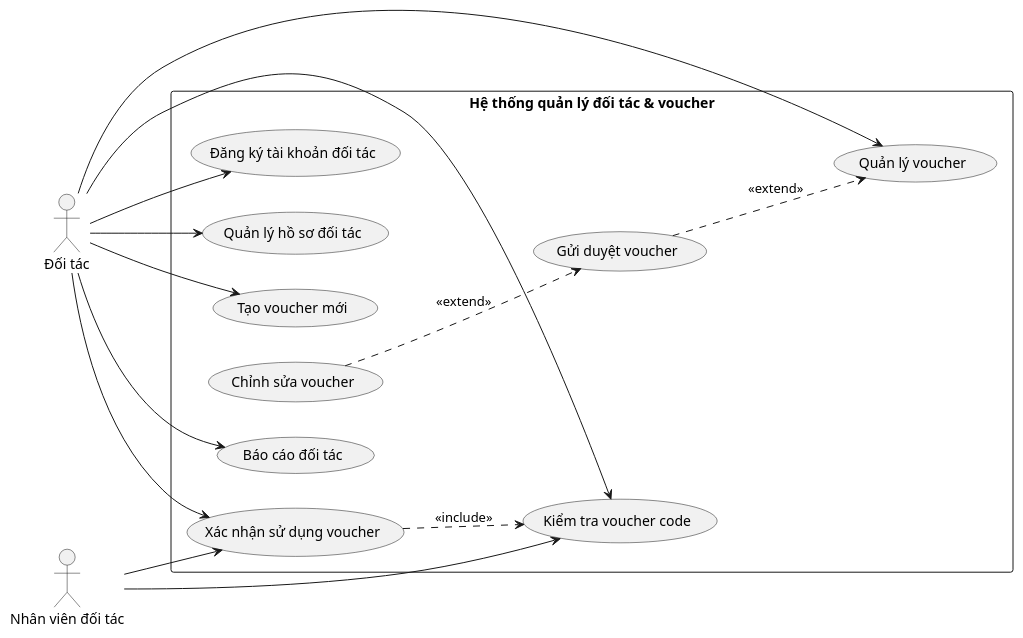
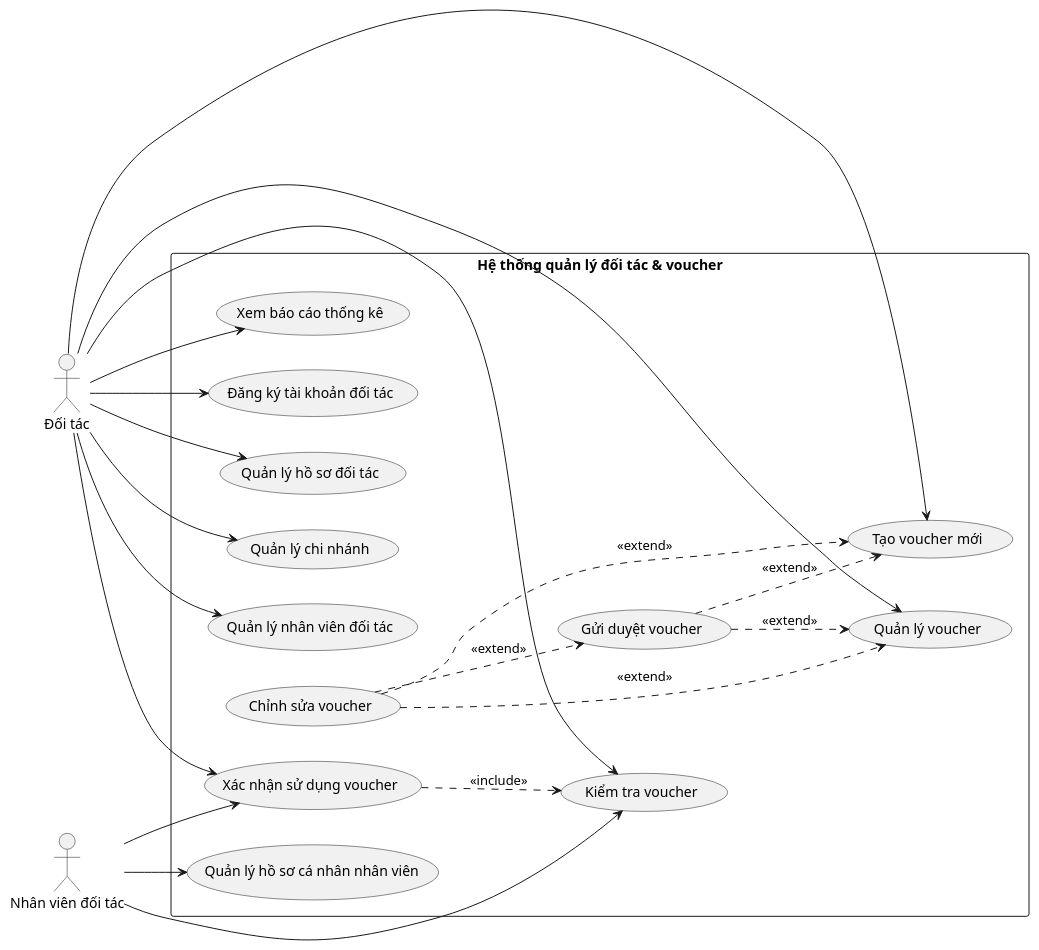
Before and after one commit to Ngo-The-Dat/e-voucher-system: the diagram in doc/system/doi_tac.wsd, drawn with PlantUML.

Commit message:
feat: update use case diagram for partner management and voucher system

```diff
--- a/doc/system/doi_tac.wsd
+++ b/doc/system/doi_tac.wsd
@@ -1,31 +1,48 @@
 @startuml
 left to right direction
+
 actor "Đối tác" as DT
 actor "Nhân viên đối tác" as NVDT
 
 rectangle "Hệ thống quản lý đối tác & voucher" {
   usecase "Đăng ký tài khoản đối tác" as UC01
   usecase "Quản lý hồ sơ đối tác" as UC02
-  usecase "Tạo voucher mới" as UC03
-  usecase "Quản lý voucher" as UC04
-  usecase "Gửi duyệt voucher" as UC05
-  usecase "Chỉnh sửa voucher" as UC06
-  usecase "Kiểm tra voucher code" as UC07
-  usecase "Xác nhận sử dụng voucher" as UC08
-  usecase "Báo cáo đối tác" as UC09
+  usecase "Quản lý chi nhánh" as UC03
+  usecase "Quản lý nhân viên đối tác" as UC04
+  usecase "Quản lý hồ sơ cá nhân nhân viên" as UC05
+  usecase "Tạo voucher mới" as UC06
+  usecase "Quản lý voucher" as UC07
+  usecase "Chỉnh sửa voucher" as UC08
+  usecase "Gửi duyệt voucher" as UC09
+  usecase "Kiểm tra voucher" as UC10
+  usecase "Xác nhận sử dụng voucher" as UC11
+  usecase "Xem báo cáo thống kê" as UC12
 }
 
+' Liên kết của Đối tác (PARTNER)
 DT --> UC01
 DT --> UC02
 DT --> UC03
 DT --> UC04
+DT --> UC06
 DT --> UC07
-DT --> UC08
-DT --> UC09
-NVDT --> UC07
-NVDT --> UC08
+DT --> UC10
+DT --> UC11
+DT --> UC12
 
-UC05 ..> UC04 : <<extend>>
-UC06 ..> UC05 : <<extend>>
-UC08 ..> UC07 : <<include>>
+' Liên kết của Nhân viên đối tác (PARTNER_EMPLOYEE)
+NVDT --> UC05
+NVDT --> UC10
+NVDT --> UC11
+
+' Quan hệ giữa các Use Case Voucher
+UC08 ..> UC06 : <<extend>>
+UC09 ..> UC06 : <<extend>>
+UC08 ..> UC09 : <<extend>>
+UC08 ..> UC07 : <<extend>>
+UC09 ..> UC07 : <<extend>>
+
+' Quan hệ Kiểm tra & Đổi voucher
+UC11 ..> UC10 : <<include>>
+
 @enduml
```
